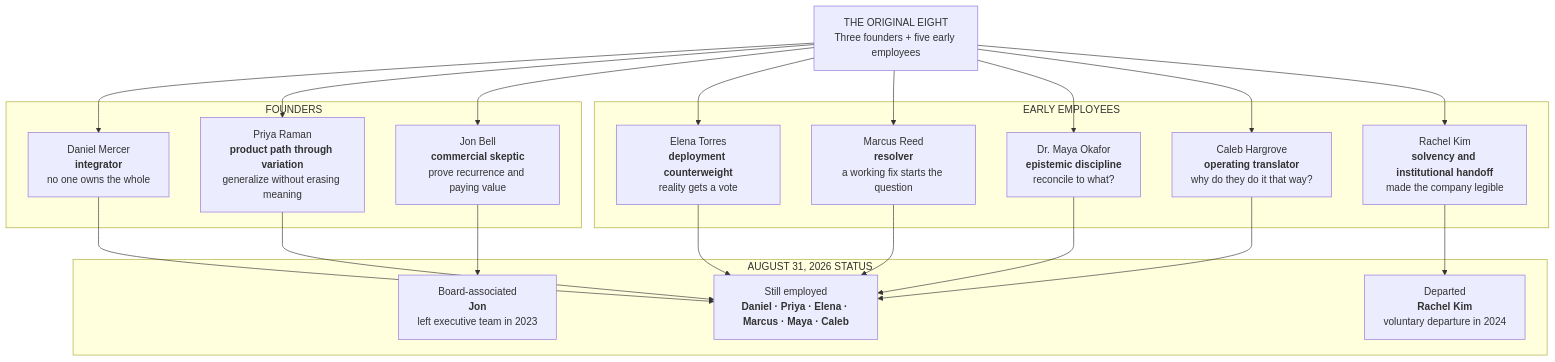
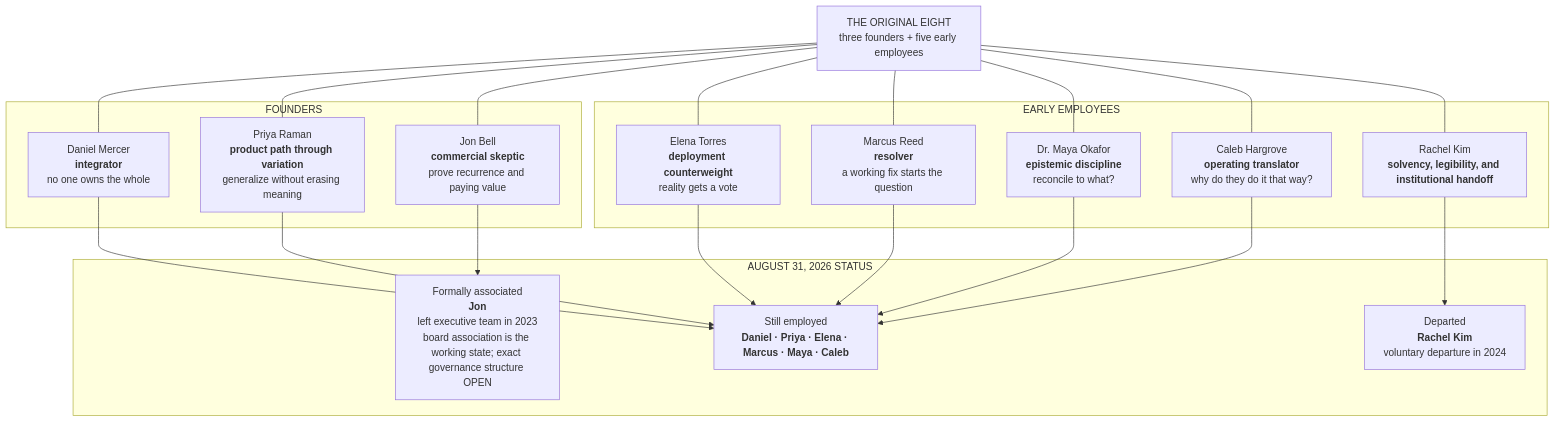
The diagram in docs/organization/ORIGINAL_EIGHT.md (SquirmyWormy275/SABLEHARBOR), drawn with Mermaid before and after one commit. The commit also changed other lines of this file and 16 other files, not shown here.

Commit message:
Build canon-traced organization chart package

````diff
--- a/docs/organization/ORIGINAL_EIGHT.md
+++ b/docs/organization/ORIGINAL_EIGHT.md
@@ -8,42 +11,42 @@
 ```mermaid
 flowchart TB
-    OE["THE ORIGINAL EIGHT<br/>Three founders + five early employees"]
+    OE["THE ORIGINAL EIGHT<br/>three founders + five early employees"]
 
     subgraph FOUNDERS["FOUNDERS"]
         DANIEL["Daniel Mercer<br/><b>integrator</b><br/>no one owns the whole"]
         PRIYA["Priya Raman<br/><b>product path through variation</b><br/>generalize without erasing meaning"]
         JON["Jon Bell<br/><b>commercial skeptic</b><br/>prove recurrence and paying value"]
     end
 
     subgraph EARLY["EARLY EMPLOYEES"]
         ELENA["Elena Torres<br/><b>deployment counterweight</b><br/>reality gets a vote"]
         MARCUS["Marcus Reed<br/><b>resolver</b><br/>a working fix starts the question"]
         MAYA["Dr. Maya Okafor<br/><b>epistemic discipline</b><br/>reconcile to what?"]
         CALEB["Caleb Hargrove<br/><b>operating translator</b><br/>why do they do it that way?"]
-        RACHEL["Rachel Kim<br/><b>solvency and institutional handoff</b><br/>made the company legible"]
+        RACHEL["Rachel Kim<br/><b>solvency, legibility, and institutional handoff</b>"]
     end
 
     subgraph STATUS["AUGUST 31, 2026 STATUS"]
         EMPLOYED["Still employed<br/><b>Daniel · Priya · Elena · Marcus · Maya · Caleb</b>"]
-        BOARD["Board-associated<br/><b>Jon</b><br/>left executive team in 2023"]
+        ASSOCIATED["Formally associated<br/><b>Jon</b><br/>left executive team in 2023<br/>board association is the working state; exact governance structure OPEN"]
         DEPARTED["Departed<br/><b>Rachel Kim</b><br/>voluntary departure in 2024"]
     end
 
-    OE --> DANIEL
-    OE --> PRIYA
-    OE --> JON
-    OE --> ELENA
-    OE --> MARCUS
-    OE --> MAYA
-    OE --> CALEB
-    OE --> RACHEL
+    OE --- DANIEL
+    OE --- PRIYA
+    OE --- JON
+    OE --- ELENA
+    OE --- MARCUS
+    OE --- MAYA
+    OE --- CALEB
+    OE --- RACHEL
 
     DANIEL --> EMPLOYED
     PRIYA --> EMPLOYED
     ELENA --> EMPLOYED
     MARCUS --> EMPLOYED
     MAYA --> EMPLOYED
     CALEB --> EMPLOYED
-    JON --> BOARD
+    JON --> ASSOCIATED
     RACHEL --> DEPARTED
 ```
````
